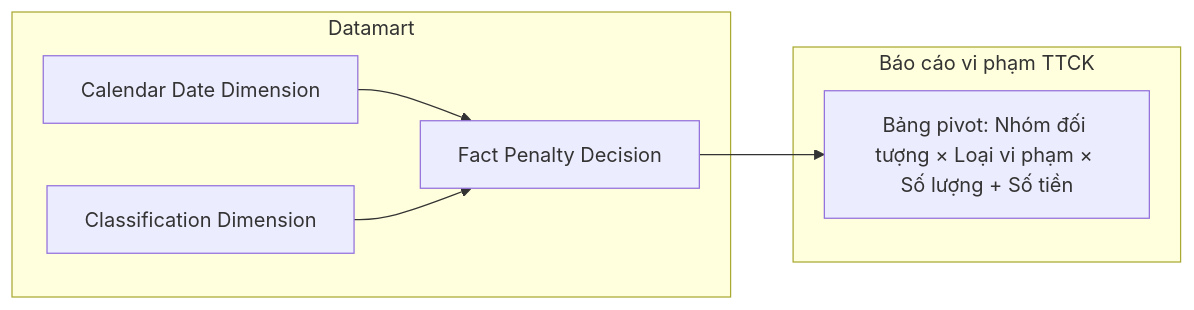
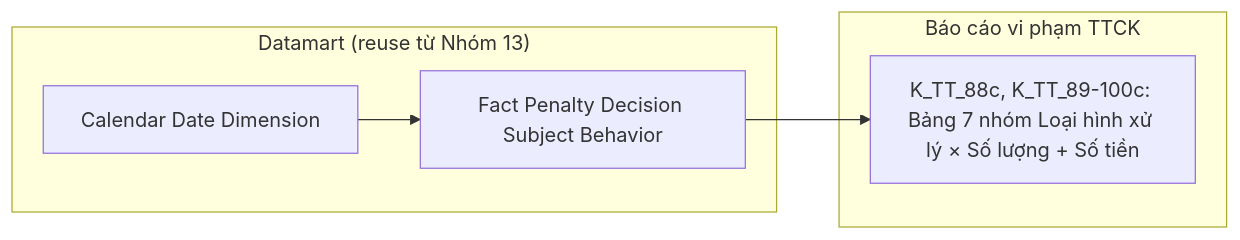
One commit to linhlvit/ubck_atomic_design changed diagram 45 of 46 in Datamart/hld/DTM_TT_HLD.md. Above: the diagram before and after it, drawn with Mermaid. The commit also changed other lines of this file and 41 other files, not shown here.

````diff
--- a/Datamart/hld/DTM_TT_HLD.md
+++ b/Datamart/hld/DTM_TT_HLD.md
@@ -1702,14 +1796,12 @@
 ```mermaid
 flowchart LR
-    subgraph Datamart["Datamart"]
-        G1["Fact Penalty Decision"]
+    subgraph Datamart["Datamart (reuse từ Nhóm 13)"]
+        G1["Fact Penalty Decision Subject Behavior"]
         G2["Calendar Date Dimension"]
-        G3["Classification Dimension"]
     end
     subgraph RPT["Báo cáo vi phạm TTCK"]
-        R1["Bảng pivot: Nhóm đối tượng × Loại vi phạm × Số lượng + Số tiền"]
+        R1["K_TT_88c, K_TT_89-100c: Bảng 7 nhóm Loại hình xử lý × Số lượng + Số tiền"]
     end
     G2 --> G1
-    G3 --> G1
     G1 --> R1
 ```
````
